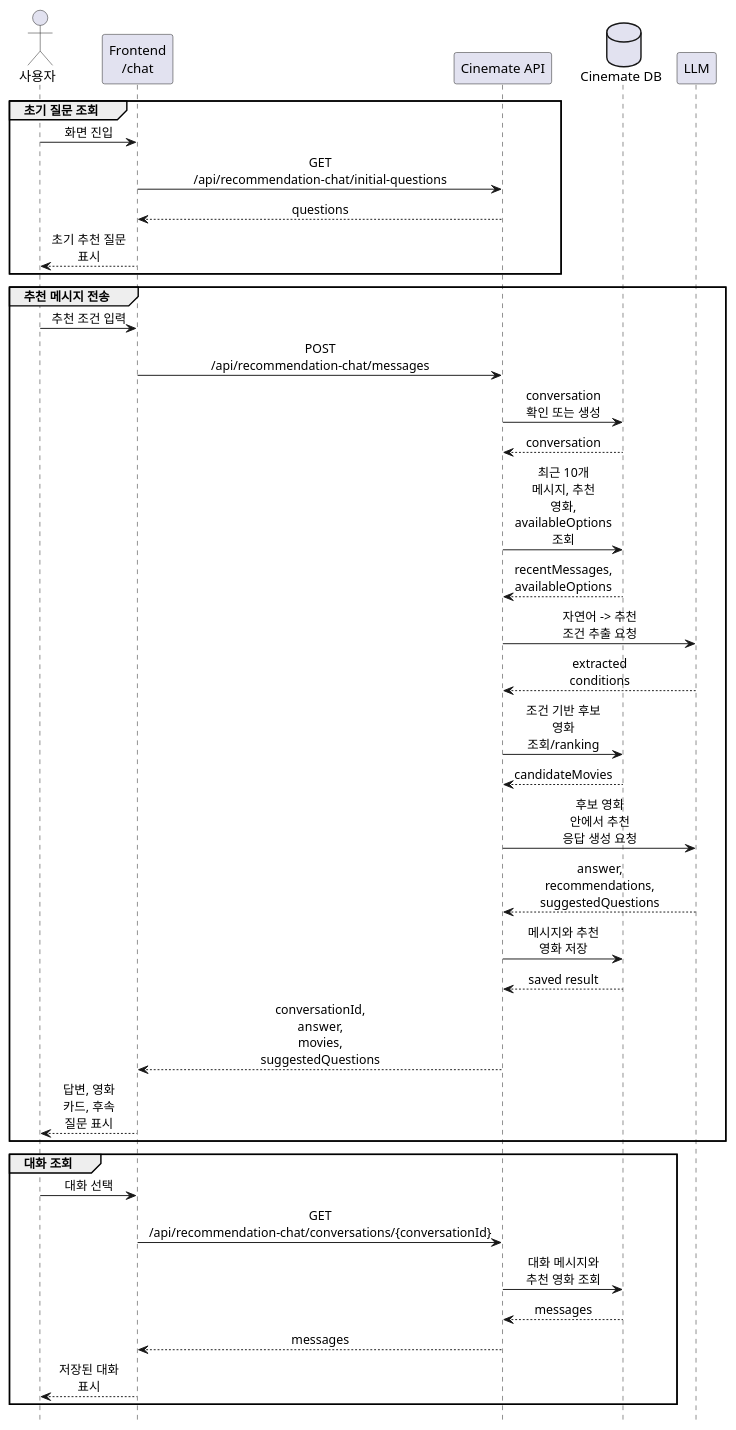
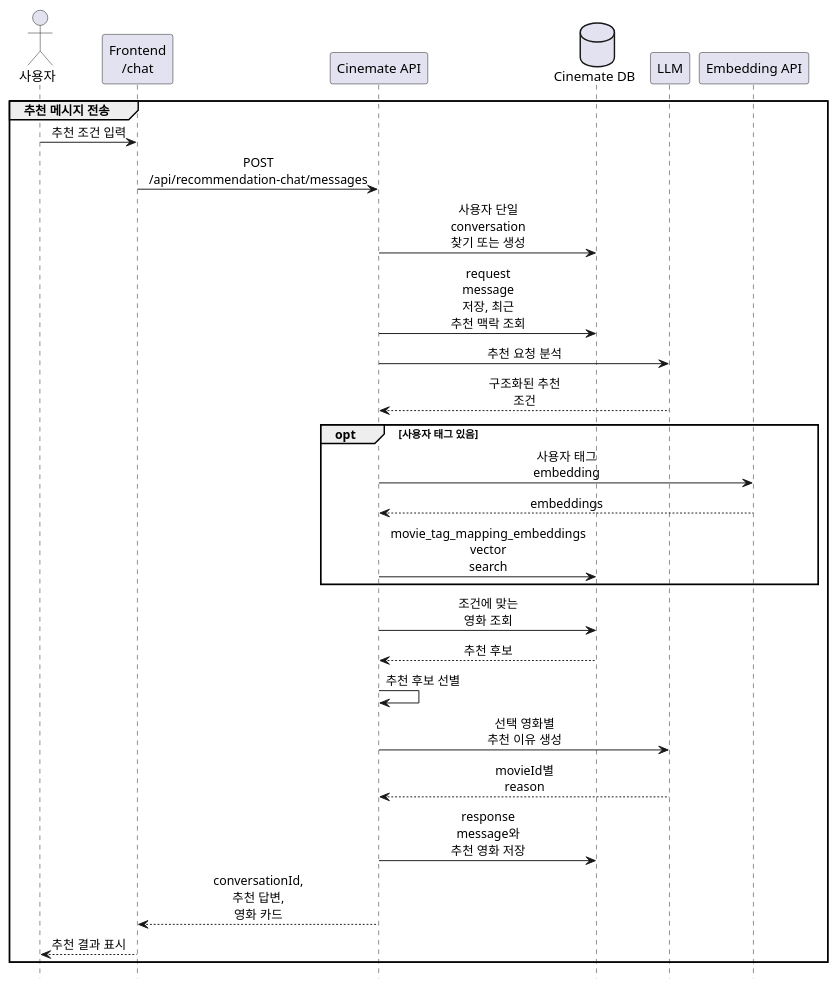
One commit to skkuse/2026spring_41class_team2 changed the diagram in docs/implementation-plan/7.recommendation-chat-implementation-plan.md. Above: the diagram before and after it, drawn with PlantUML. The commit also changed other lines of this file and 2 other files, not shown here.

````diff
--- a/docs/implementation-plan/7.recommendation-chat-implementation-plan.md
+++ b/docs/implementation-plan/7.recommendation-chat-implementation-plan.md
@@ -47,48 +55,36 @@
 ```plantuml
 @startuml
 hide footbox
 skinparam sequenceMessageAlign center
 skinparam maxMessageSize 80
 
 actor "사용자" as User
 participant "Frontend\n/chat" as FE
 participant "Cinemate API" as API
 database "Cinemate DB" as DB
 participant "LLM" as LLM
-
-group 초기 질문 조회
-  User -> FE: 화면 진입
-  FE -> API: GET /api/recommendation-chat/initial-questions
-  API --> FE: questions
-  FE --> User: 초기 추천 질문 표시
-end
+participant "Embedding API" as EMB
 
 group 추천 메시지 전송
   User -> FE: 추천 조건 입력
   FE -> API: POST /api/recommendation-chat/messages
-  API -> DB: conversation 확인 또는 생성
-  DB --> API: conversation
-  API -> DB: 최근 10개 메시지, 추천 영화, availableOptions 조회
-  DB --> API: recentMessages, availableOptions
-  API -> LLM: 자연어 -> 추천 조건 추출 요청
-  LLM --> API: extracted conditions
-  API -> DB: 조건 기반 후보 영화 조회/ranking
-  DB --> API: candidateMovies
-  API -> LLM: 후보 영화 안에서 추천 응답 생성 요청
-  LLM --> API: answer, recommendations, suggestedQuestions
-  API -> DB: 메시지와 추천 영화 저장
-  DB --> API: saved result
-  API --> FE: conversationId, answer, movies, suggestedQuestions
-  FE --> User: 답변, 영화 카드, 후속 질문 표시
-end
-
-group 대화 조회
-  User -> FE: 대화 선택
-  FE -> API: GET /api/recommendation-chat/conversations/{conversationId}
-  API -> DB: 대화 메시지와 추천 영화 조회
-  DB --> API: messages
-  API --> FE: messages
-  FE --> User: 저장된 대화 표시
+  API -> DB: 사용자 단일 conversation 찾기 또는 생성
+  API -> DB: request message 저장, 최근 추천 맥락 조회
+  API -> LLM: 추천 요청 분석
+  LLM --> API: 구조화된 추천 조건
+  opt 사용자 태그 있음
+    API -> EMB: 사용자 태그 embedding
+    EMB --> API: embeddings
+    API -> DB: movie_tag_mapping_embeddings vector search
+  end
+  API -> DB: 조건에 맞는 영화 조회
+  DB --> API: 추천 후보
+  API -> API: 추천 후보 선별
+  API -> LLM: 선택 영화별 추천 이유 생성
+  LLM --> API: movieId별 reason
+  API -> DB: response message와 추천 영화 저장
+  API --> FE: conversationId, 추천 답변, 영화 카드
+  FE --> User: 추천 결과 표시
 end
 @enduml
 ```
````
